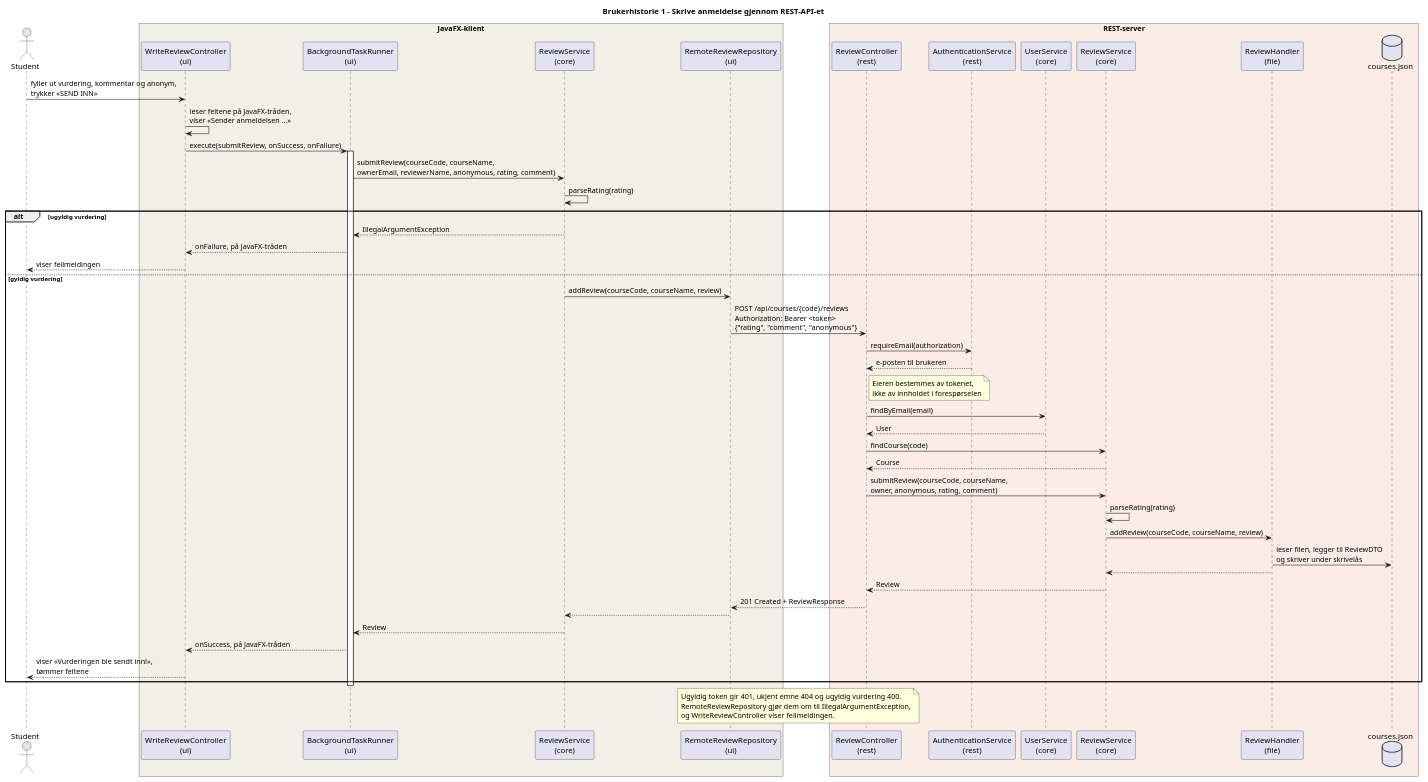
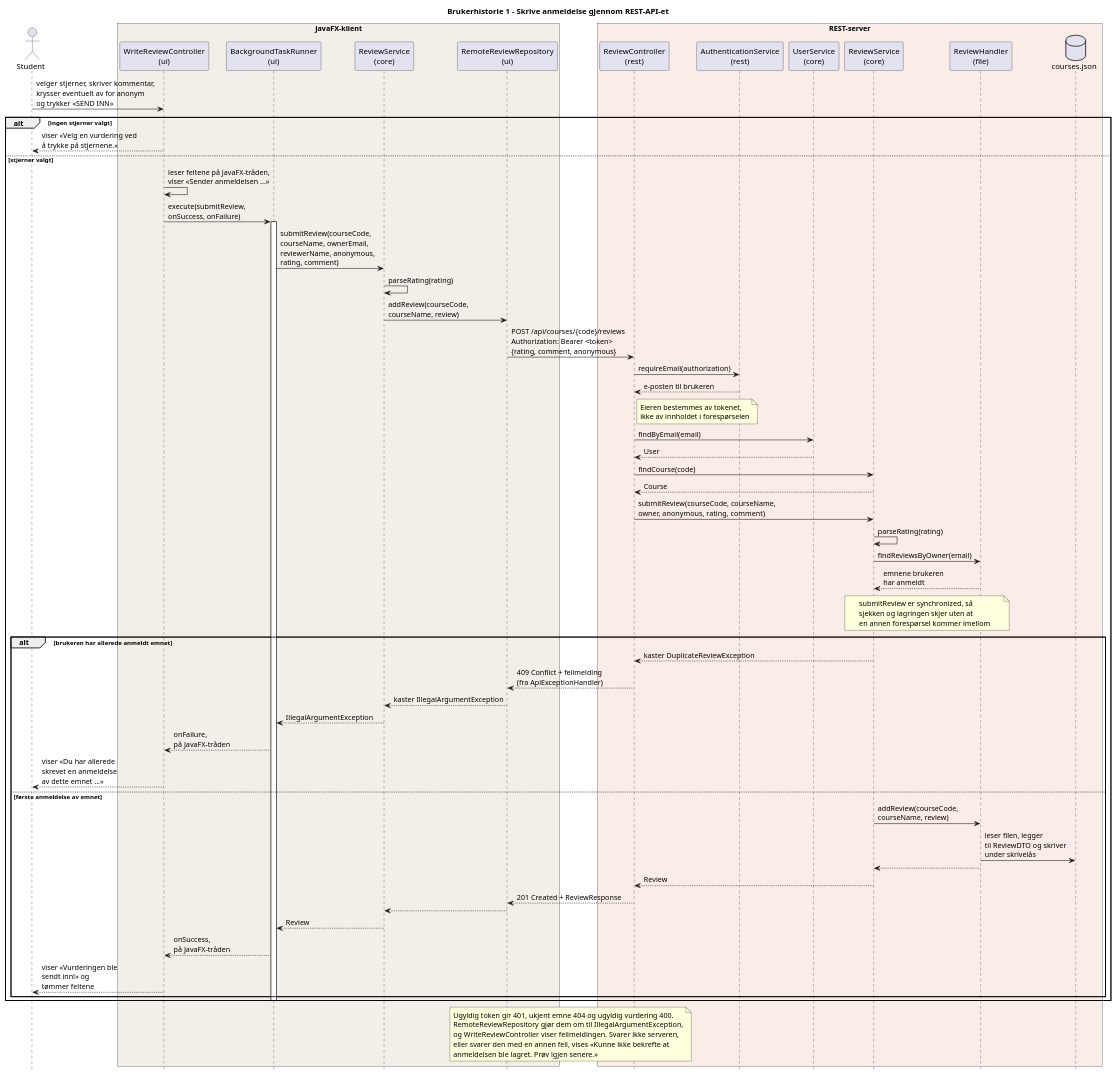
Before and after one commit to JesperBarosen/BIThub: the diagram in arkitektur/brukerhistorie1Sekvensdiagram.puml, drawn with PlantUML. The commit also changed 11 other files, not shown here.

First line of the commit message:
Rydd i UML-diagrammene og vis 409

```diff
--- a/arkitektur/brukerhistorie1Sekvensdiagram.puml
+++ b/arkitektur/brukerhistorie1Sekvensdiagram.puml
@@ -1,62 +1,76 @@
-@startuml brukerhistorie1_skrive_anmeldelse
+@startuml brukerhistorie1Sekvensdiagram
+hide footbox
 
 title Brukerhistorie 1 - Skrive anmeldelse gjennom REST-API-et
 
 actor "Student" as User
 box "JavaFX-klient" #F1EFE8
 participant "WriteReviewController\n(ui)" as WriteC
 participant "BackgroundTaskRunner\n(ui)" as Runner
 participant "ReviewService\n(core)" as ClientService
 participant "RemoteReviewRepository\n(ui)" as Remote
 end box
 box "REST-server" #FAECE7
 participant "ReviewController\n(rest)" as RestC
 participant "AuthenticationService\n(rest)" as Auth
 participant "UserService\n(core)" as UserS
 participant "ReviewService\n(core)" as ServerService
 participant "ReviewHandler\n(file)" as Handler
 database "courses.json" as File
 end box
 
-User -> WriteC : fyller ut vurdering, kommentar og anonym,\ntrykker «SEND INN»
-WriteC -> WriteC : leser feltene på JavaFX-tråden,\nviser «Sender anmeldelsen ...»
-WriteC -> Runner : execute(submitReview, onSuccess, onFailure)
-activate Runner
-Runner -> ClientService : submitReview(courseCode, courseName,\nownerEmail, reviewerName, anonymous, rating, comment)
-ClientService -> ClientService : parseRating(rating)
+User -> WriteC : velger stjerner, skriver kommentar,\nkrysser eventuelt av for anonym\nog trykker «SEND INN»
 
-alt ugyldig vurdering
-    ClientService --> Runner : IllegalArgumentException
-    Runner --> WriteC : onFailure, på JavaFX-tråden
-    WriteC --> User : viser feilmeldingen
-else gyldig vurdering
-    ClientService -> Remote : addReview(courseCode, courseName, review)
-    Remote -> RestC : POST /api/courses/{code}/reviews\nAuthorization: Bearer <token>\n{"rating", "comment", "anonymous"}
+alt ingen stjerner valgt
+    WriteC --> User : viser «Velg en vurdering ved\nå trykke på stjernene.»
+else stjerner valgt
+    WriteC -> WriteC : leser feltene på JavaFX-tråden,\nviser «Sender anmeldelsen ...»
+    WriteC -> Runner : execute(submitReview,\nonSuccess, onFailure)
+    activate Runner
+    Runner -> ClientService : submitReview(courseCode,\ncourseName, ownerEmail,\nreviewerName, anonymous,\nrating, comment)
+    ClientService -> ClientService : parseRating(rating)
+    ClientService -> Remote : addReview(courseCode,\ncourseName, review)
+    Remote -> RestC : POST /api/courses/{code}/reviews\nAuthorization: Bearer <token>\n{rating, comment, anonymous}
     RestC -> Auth : requireEmail(authorization)
     Auth --> RestC : e-posten til brukeren
     note right of RestC : Eieren bestemmes av tokenet,\nikke av innholdet i forespørselen
     RestC -> UserS : findByEmail(email)
     UserS --> RestC : User
     RestC -> ServerService : findCourse(code)
     ServerService --> RestC : Course
     RestC -> ServerService : submitReview(courseCode, courseName,\nowner, anonymous, rating, comment)
     ServerService -> ServerService : parseRating(rating)
-    ServerService -> Handler : addReview(courseCode, courseName, review)
-    Handler -> File : leser filen, legger til ReviewDTO\nog skriver under skrivelås
-    Handler --> ServerService
-    ServerService --> RestC : Review
-    RestC --> Remote : 201 Created + ReviewResponse
-    Remote --> ClientService
-    ClientService --> Runner : Review
-    Runner --> WriteC : onSuccess, på JavaFX-tråden
-    WriteC --> User : viser «Vurderingen ble sendt inn!»,\ntømmer feltene
+    ServerService -> Handler : findReviewsByOwner(email)
+    Handler --> ServerService : emnene brukeren\nhar anmeldt
+    note over ServerService, Handler : submitReview er synchronized, så\nsjekken og lagringen skjer uten at\nen annen forespørsel kommer imellom
+
+    alt brukeren har allerede anmeldt emnet
+        ServerService --> RestC : kaster DuplicateReviewException
+        RestC --> Remote : 409 Conflict + feilmelding\n(fra ApiExceptionHandler)
+        Remote --> ClientService : kaster IllegalArgumentException
+        ClientService --> Runner : IllegalArgumentException
+        Runner --> WriteC : onFailure,\npå JavaFX-tråden
+        WriteC --> User : viser «Du har allerede\nskrevet en anmeldelse\nav dette emnet ...»
+    else første anmeldelse av emnet
+        ServerService -> Handler : addReview(courseCode,\ncourseName, review)
+        Handler -> File : leser filen, legger\ntil ReviewDTO og skriver\nunder skrivelås
+        Handler --> ServerService
+        ServerService --> RestC : Review
+        RestC --> Remote : 201 Created + ReviewResponse
+        Remote --> ClientService
+        ClientService --> Runner : Review
+        Runner --> WriteC : onSuccess,\npå JavaFX-tråden
+        WriteC --> User : viser «Vurderingen ble\nsendt inn!» og\ntømmer feltene
+    end
+    deactivate Runner
 end
-deactivate Runner
 
 note over Remote, RestC
   Ugyldig token gir 401, ukjent emne 404 og ugyldig vurdering 400.
   RemoteReviewRepository gjør dem om til IllegalArgumentException,
-  og WriteReviewController viser feilmeldingen.
+  og WriteReviewController viser feilmeldingen. Svarer ikke serveren,
+  eller svarer den med en annen feil, vises «Kunne ikke bekrefte at
+  anmeldelsen ble lagret. Prøv igjen senere.»
 end note
 
 @enduml
```
